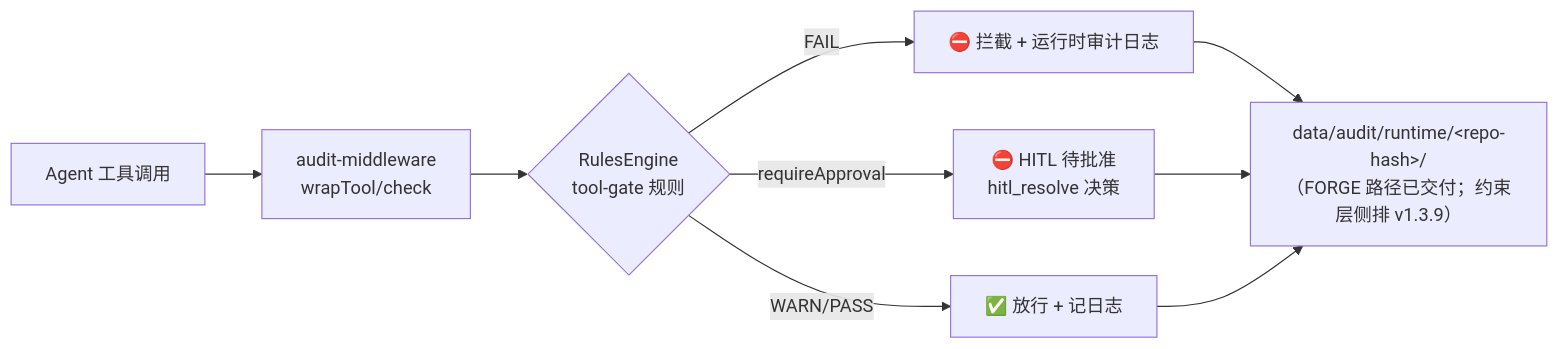
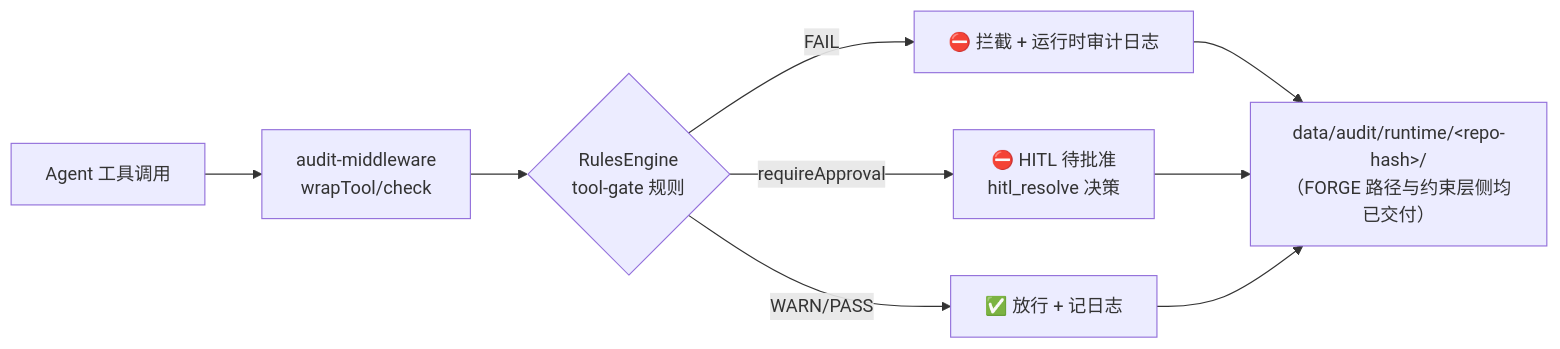
The seventh of 9 diagrams in docs/ARCHITECTURE.md (KongFangXun/sofagent), drawn with Mermaid before and after one commit. The commit also changed 1 other file, not shown here.

Commit message:
fix(arch,check): mermaid 图内排期残留清偿——图文字纳入 SSOT 断言面

````diff
--- a/docs/ARCHITECTURE.md
+++ b/docs/ARCHITECTURE.md
@@ -693,11 +693,11 @@
 ```mermaid
 graph LR
     A[Agent 工具调用] --> B[audit-middleware<br/>wrapTool/check]
     B --> C{RulesEngine<br/>tool-gate 规则}
     C -->|FAIL| D[⛔ 拦截 + 运行时审计日志]
     C -->|requireApproval| E[⛔ HITL 待批准<br/>hitl_resolve 决策]
     C -->|WARN/PASS| F[✅ 放行 + 记日志]
-    D --> G[data/audit/runtime/&lt;repo-hash&gt;/<br/>（FORGE 路径已交付；约束层侧排 v1.3.9）]
+    D --> G[data/audit/runtime/&lt;repo-hash&gt;/<br/>（FORGE 路径与约束层侧均已交付）]
     E --> G
     F --> G
 ```
````
